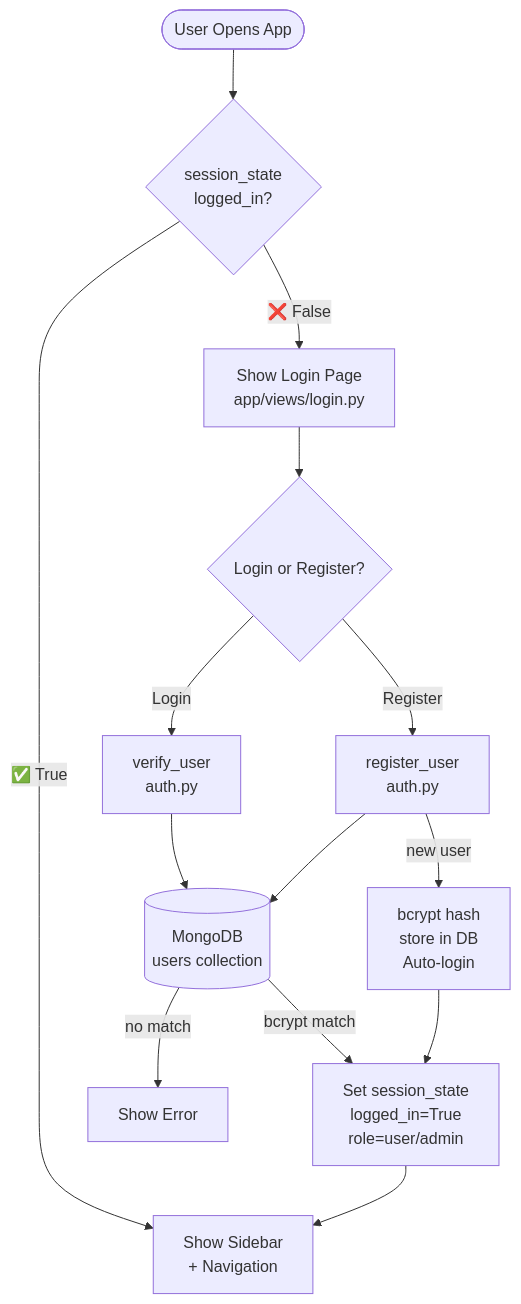
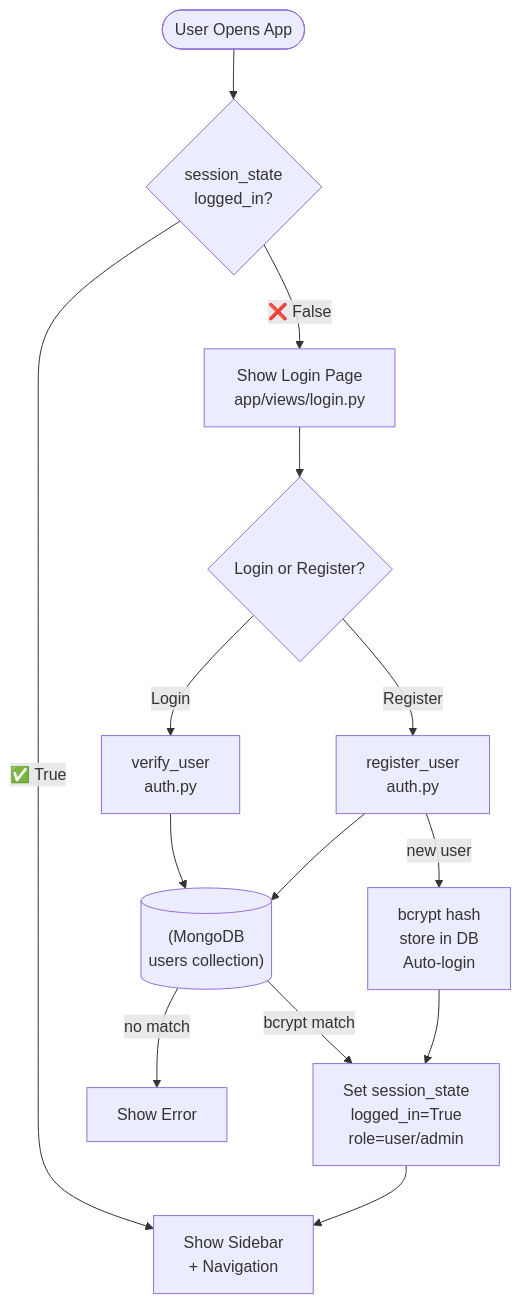
Before and after one commit to chidvi123/AI_Resume_Analyzer: the first of 7 diagrams in docs/PROJECT_FLOW.md, drawn with Mermaid. The commit also changed other lines of this file, not shown here.

Commit message:
Fix Mermaid diagram formatting in PROJECT_FLOW.md for markdown preview

````diff
--- a/docs/PROJECT_FLOW.md
+++ b/docs/PROJECT_FLOW.md
@@ -261,16 +261,16 @@
 ```mermaid
 flowchart TD
-    A([User Opens App]) --> B{session_state\nlogged_in?}
-    B -- ❌ False --> C[Show Login Page\napp/views/login.py]
-    B -- ✅ True --> D[Show Sidebar\n+ Navigation]
-    C --> E{Login or Register?}
-    E -- Login --> F[verify_user\nauth.py]
-    E -- Register --> G[register_user\nauth.py]
-    F --> H[(MongoDB\nusers collection)]
+    A([User Opens App]) --> B{"session_state<br/>logged_in?"}
+    B -- "❌ False" --> C["Show Login Page<br/>app/views/login.py"]
+    B -- "✅ True" --> D["Show Sidebar<br/>+ Navigation"]
+    C --> E{"Login or Register?"}
+    E -- Login --> F["verify_user<br/>auth.py"]
+    E -- Register --> G["register_user<br/>auth.py"]
+    F --> H[("(MongoDB<br/>users collection)")]
     G --> H
-    H -- bcrypt match --> I[Set session_state\nlogged_in=True\nrole=user/admin]
-    H -- no match --> J[Show Error]
-    G -- new user --> K[bcrypt hash\nstore in DB\nAuto-login]
+    H -- "bcrypt match" --> I["Set session_state<br/>logged_in=True<br/>role=user/admin"]
+    H -- "no match" --> J["Show Error"]
+    G -- "new user" --> K["bcrypt hash<br/>store in DB<br/>Auto-login"]
     K --> I
     I --> D
 ```
````
